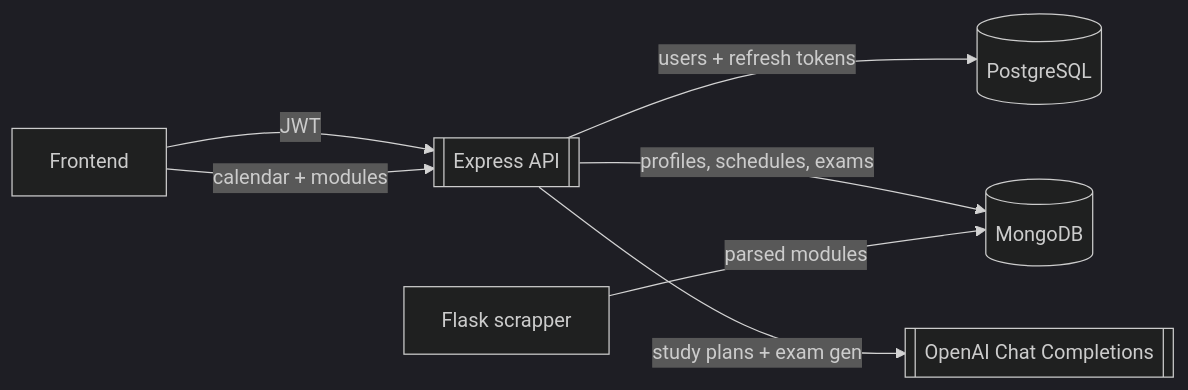
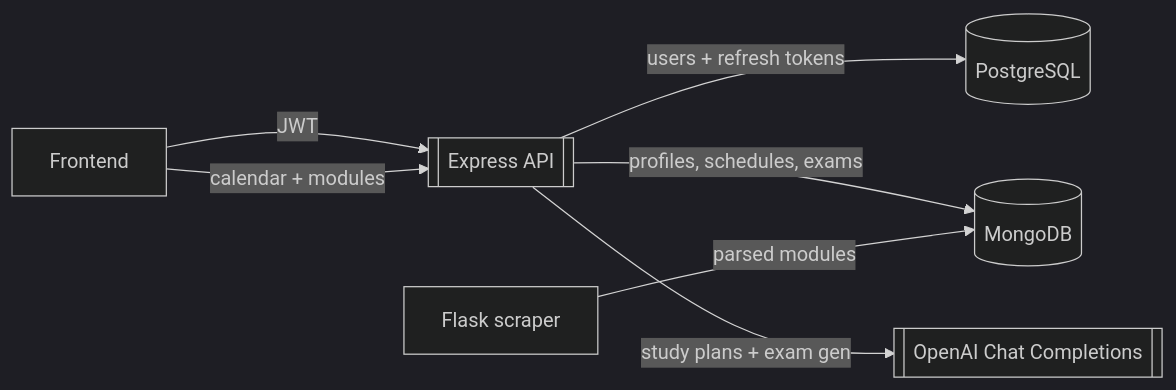
The first of 5 diagrams in README.md (l-quincy01/uni-scheduler), drawn with Mermaid (dark theme) before and after one commit. The commit also changed other lines of this file and 13 other files, not shown here.

````diff
--- a/README.md
+++ b/README.md
@@ -99,9 +99,9 @@
 ```mermaid
 flowchart LR
     FE[Frontend] -->|JWT| API[[Express API]]
     API -->|users + refresh tokens| PSQL[(PostgreSQL)]
     API -->|profiles, schedules, exams| MONGO[(MongoDB)]
     API -->|study plans + exam gen| LLM[[OpenAI Chat Completions]]
-    SCRAPE[Flask scrapper] -->|parsed modules| MONGO
+    SCRAPE[Flask scraper] -->|parsed modules| MONGO
     FE -->|calendar + modules| API
 ```
````
